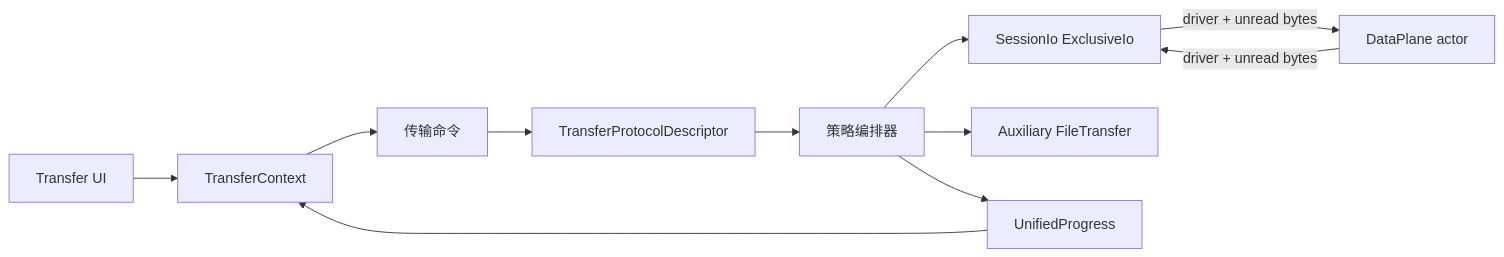
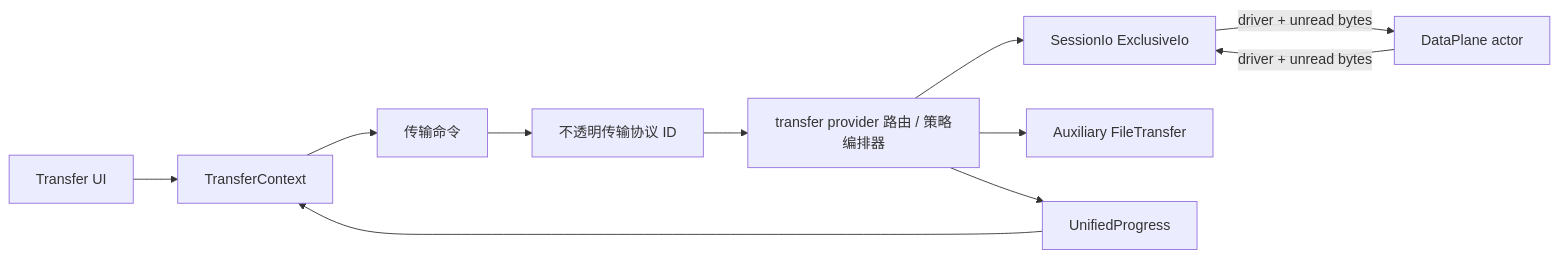
One commit to hamburger-os/TauTerm changed the diagram in docs/modules/TRANSFER.md. Above: the diagram before and after it, drawn with Mermaid. The commit also changed other lines of this file and 27 other files, not shown here.

First line of the commit message:
refactor(core): centralize plugin runtime architecture

````diff
--- a/docs/modules/TRANSFER.md
+++ b/docs/modules/TRANSFER.md
@@ -33,13 +32,13 @@
 ```mermaid
 flowchart LR
   UI["Transfer UI"] --> Context["TransferContext"]
   Context --> Command["传输命令"]
-  Command --> Descriptor["TransferProtocolDescriptor"]
-  Descriptor --> Orchestrator["策略编排器"]
+  Command --> ProtocolId["不透明传输协议 ID"]
+  ProtocolId --> Orchestrator["transfer provider 路由 / 策略编排器"]
   Orchestrator --> Inline["SessionIo ExclusiveIo"]
   Orchestrator --> Side["Auxiliary FileTransfer"]
   Orchestrator --> Progress["UnifiedProgress"]
   DP["DataPlane actor"] -- "driver + unread bytes" --> Inline
   Inline -- "driver + unread bytes" --> DP
   Progress --> Context
 ```
````
